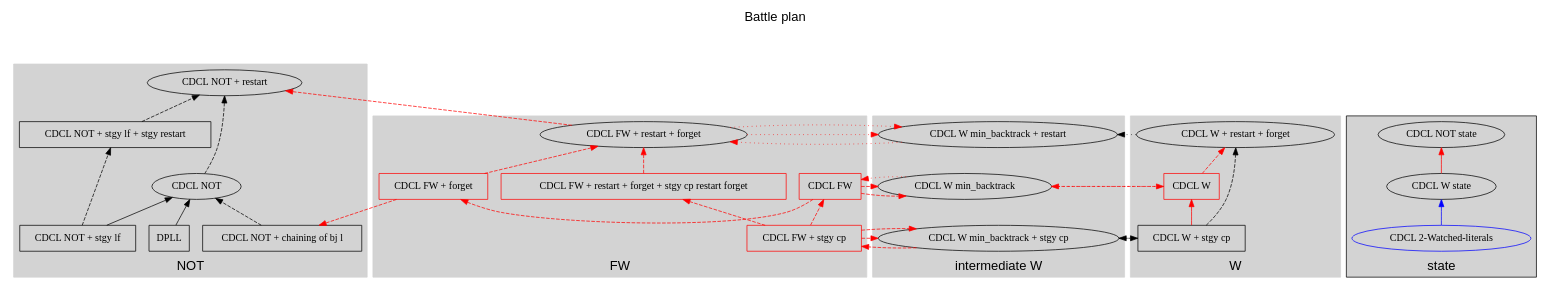
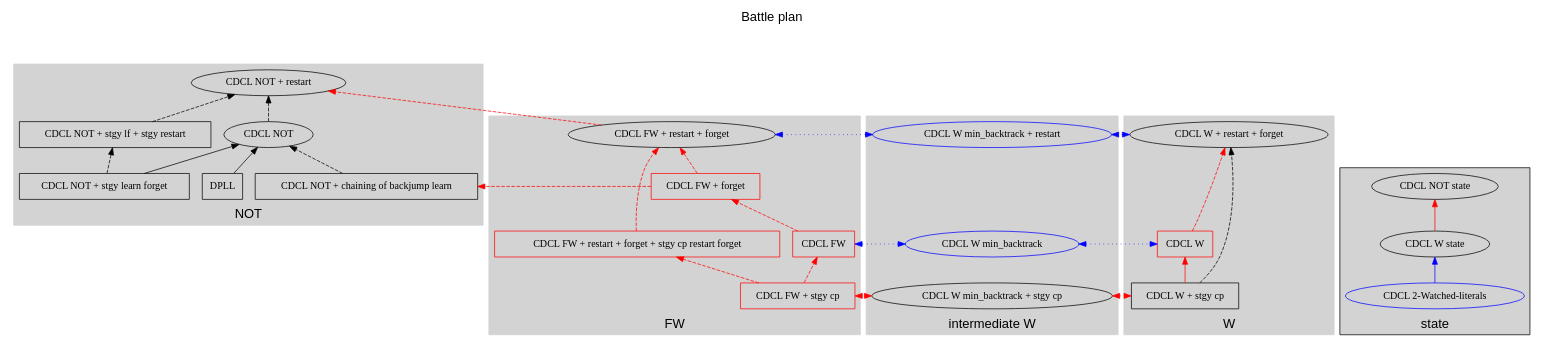
One commit to IsaFoL/IsaFoL changed the diagram in Weidenbach_Book/CDCL.dot. Above: the diagram before and after it, drawn with Graphviz.

Commit message:
thuning dot file

```diff
--- a/Weidenbach_Book/CDCL.dot
+++ b/Weidenbach_Book/CDCL.dot
@@ -1,120 +1,121 @@
 //dot -o CDCL.pdf -Tpdf CDCL.dot
-strict digraph CDCL {
+digraph CDCL {
 	rankdir=BT;
+	//concentrate=true;
+	
 	graph [label="Battle plan\n\n\n", labelloc=t; labeljust=center, fontname=Helvetica, fontsize=18];
+	minlen=100;
+	
 	newrank=true;
 	
 	subgraph cluster_not {
 		label="NOT";
 		style=filled;
 		color=lightgrey;
   		CDCL_NOT_restart [label="CDCL NOT + restart"];
   		CDCL_NOT [label="CDCL NOT"];
-  		CDCL_NOT_stgy [label="CDCL NOT + stgy lf", shape=box];
   		CDCL_NOT_stgy_restart[label="CDCL NOT + stgy lf + stgy restart", shape=box];
-  		CDCL_NOT_merged [label="CDCL NOT + chaining of bj l", shape=box];
+  		CDCL_NOT_merged [label="CDCL NOT + chaining of backjump learn", shape=box];
   		DPLL [label="DPLL", shape=box];
+		CDCL_NOT_stgy [label="CDCL NOT + stgy learn forget", shape=box];
+				
+		
 	}
 
 	CDCL_NOT_stgy -> CDCL_NOT;
 	CDCL_NOT -> CDCL_NOT_restart [style=dashed];
 	CDCL_NOT_stgy -> CDCL_NOT_stgy_restart [style=dashed];
 	CDCL_NOT_stgy_restart -> CDCL_NOT_restart [style=dashed];
 	DPLL -> CDCL_NOT;
 
 	CDCL_NOT_merged -> CDCL_NOT [style=dashed];
-
+	
 	subgraph cluster_fw {
 		style=filled;
 		color=lightgrey;
 		label="FW";
+		CDCL_FW_stgy_forget_restart [label="CDCL FW + restart + forget + stgy cp restart forget", color=red, shape=box];
 		CDCL_FW [label="CDCL FW", color=red, shape=box];
 		CDCL_FW_stgy [label="CDCL FW + stgy cp", color=red, shape=box];
 		CDCL_FW_forget [label="CDCL FW + forget", color=red, shape=box];
 
 		CDCL_FW_forget_restart [label="CDCL FW + restart + forget"];
-		CDCL_FW_stgy_forget_restart [label="CDCL FW + restart + forget + stgy cp restart forget", color=red, shape=box];
 	}
 	
 	subgraph cluster_w_fw {
 		label="intermediate W";
 		style=filled;
 		color=lightgrey;
-		CDCL_W_merge_bj_restart[label="CDCL W min_backtrack + restart"];
-		CDCL_W_merge_bj[label="CDCL W min_backtrack"];
+		CDCL_W_merge_bj_restart[label="CDCL W min_backtrack + restart", color=blue];
+		CDCL_W_merge_bj[label="CDCL W min_backtrack", color=blue];
 		CDCL_W_stgy_merge_bj[label="CDCL W min_backtrack + stgy cp"];
 	}
-
 	CDCL_FW_stgy_forget_restart -> CDCL_FW_forget_restart [style=dashed, color=red];
 	CDCL_FW_forget -> CDCL_NOT_merged [style=dashed, color=red];
 	CDCL_FW_forget -> CDCL_FW_forget_restart [style=dashed, color=red];
 	CDCL_FW_forget_restart -> CDCL_NOT_restart [style=dashed, color=red];
 	CDCL_FW -> CDCL_FW_forget [style=dashed, color=red];
 	CDCL_FW_stgy ->  CDCL_FW[style=dashed, color=red];
 	CDCL_FW_stgy ->  CDCL_FW_stgy_forget_restart[style=dashed, color=red];
 
 
 	subgraph cluster_cw {
 		label="W";
 		style=filled;
 		color=lightgrey;
+		CDCL_W [label="CDCL W", color=red, shape=box];
 		CDCL_W_forget_restart [label="CDCL W + restart + forget"];
-		CDCL_W [label="CDCL W", color=red, shape=box];
 		CDCL_W_stgy [label="CDCL W + stgy cp", shape=box];
 	}
 	CDCL_W -> CDCL_W_forget_restart[color=red, style=dashed];
-	CDCL_FW_forget_restart -> CDCL_W_merge_bj_restart[style=dotted, color=red];
-	CDCL_W_merge_bj_restart -> CDCL_FW_forget_restart[style=dotted, color=red];
 	CDCL_W_stgy -> CDCL_W_forget_restart[style=dashed];
 	CDCL_W_stgy -> CDCL_W[color=red];
+	CDCL_W_merge_bj_restart -> CDCL_FW_forget_restart[style=dotted, color=blue, dir="both"];
 
-	
-	CDCL_W -> CDCL_W_merge_bj[style=dotted, color=red];
-	CDCL_W_merge_bj -> CDCL_FW[style=dotted, color=red];
-	CDCL_FW -> CDCL_W_merge_bj[style=dashed, color=red];
-	CDCL_W_merge_bj -> CDCL_W[color=red, style=dashed];
+	CDCL_W_merge_bj -> CDCL_FW[style=dotted, dir="both", color=blue];
+	CDCL_W_merge_bj -> CDCL_W[style=dotted, dir="both", color=blue];
 
-	CDCL_W_stgy -> CDCL_W_stgy_merge_bj[style=dotted];
-	CDCL_W_stgy_merge_bj -> CDCL_W_stgy[style=dashed];
-	CDCL_FW_stgy -> CDCL_W_stgy_merge_bj[color=red, style=dashed];
-	CDCL_W_stgy_merge_bj -> CDCL_FW_stgy[color=red, style=dashed];
-	CDCL_W_forget_restart -> CDCL_W_merge_bj_restart[style=dotted];
+	CDCL_W_stgy_merge_bj -> CDCL_W_stgy[style=dotted, dir="both", color=red];
+	CDCL_W_stgy_merge_bj -> CDCL_FW_stgy[style=dotted, dir="both", color=red];
+	CDCL_W_forget_restart -> CDCL_W_merge_bj_restart[style=dotted, dir="both",color=blue];
 
 	subgraph cluster_state {
 		label="state";
 		style=filled;
 		CDCL_NOT_state [label="CDCL NOT state"];
 		CDCL_W_state [label="CDCL W state"];
 		CDCL_WL [label="CDCL 2-Watched-literals", color=blue];
 	}
 
 	CDCL_W_state -> CDCL_NOT_state[color=red];
 	CDCL_WL -> CDCL_W_state[color=blue];
 	
-	{rank=min;
-		CDCL_W;
-		CDCL_FW;
-		CDCL_NOT;
-		CDCL_W_merge_bj;
-		
+	{rank=same;
+		CDCL_W
+		//CDCL_NOT
+		CDCL_W_merge_bj
+		CDCL_FW
 		
 		};
 
 	{rank=same;
 		CDCL_W_forget_restart;
 		CDCL_FW_forget_restart;
 		CDCL_W_merge_bj_restart;
 		
 	}
 
-	{rank=max
+	{rank=sink
 		CDCL_W_stgy_merge_bj
 		CDCL_W_stgy
 		CDCL_FW_stgy
 	}
-
+	
 	{rank=same
-		CDCL_NOT
+		CDCL_NOT_merged
 		CDCL_FW_forget
+		DPLL
+		CDCL_NOT_stgy
+		//CDCL_FW
 	}
 }
```
